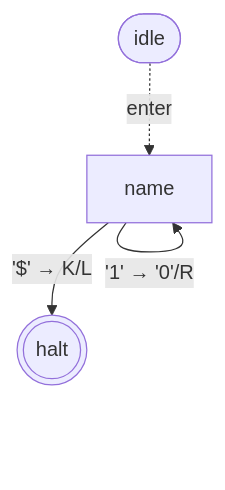
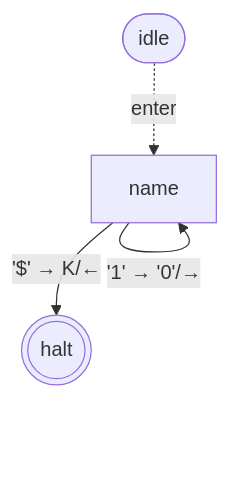
One commit to mellonis/turing-machine-js changed the third of 8 diagrams in packages/machine/README.md. Above: the diagram before and after it, drawn with Mermaid. The commit also changed other lines of this file and 6 other files, not shown here.

````diff
--- a/packages/machine/README.md
+++ b/packages/machine/README.md
@@ -271,10 +271,10 @@
 ```mermaid
 flowchart TD
 %% alphabets: [[" ","0","1","$"]]
   s0(((halt)))
   s1["name"]
   idle([idle])
   idle -. enter .-> s1
-  s1 -- "'1' → '0'/R" --> s1
-  s1 -- "'$' → K/L" --> s0
+  s1 -- "'1' → '0'/→" --> s1
+  s1 -- "'$' → K/←" --> s0
 ```
````
